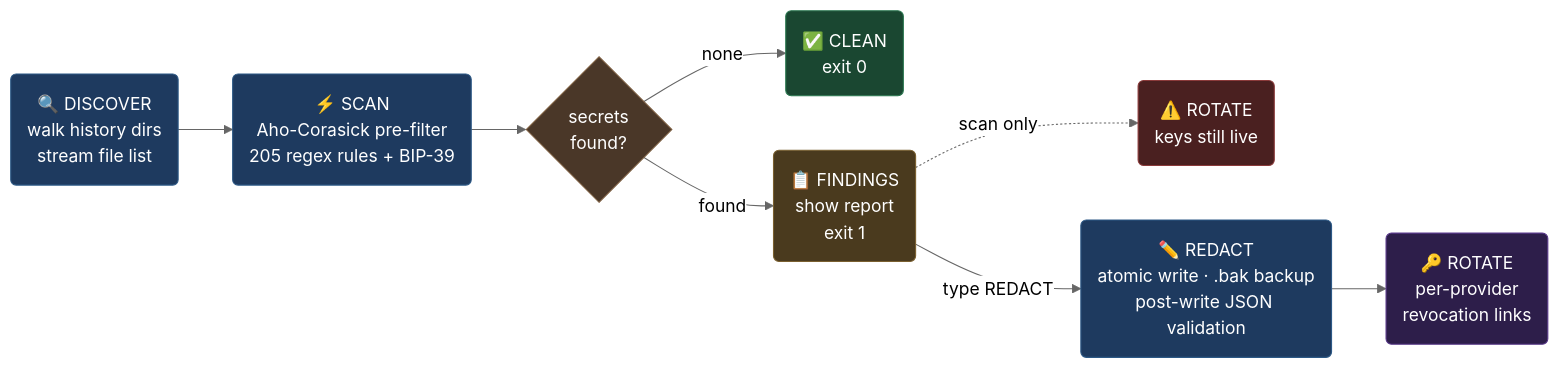
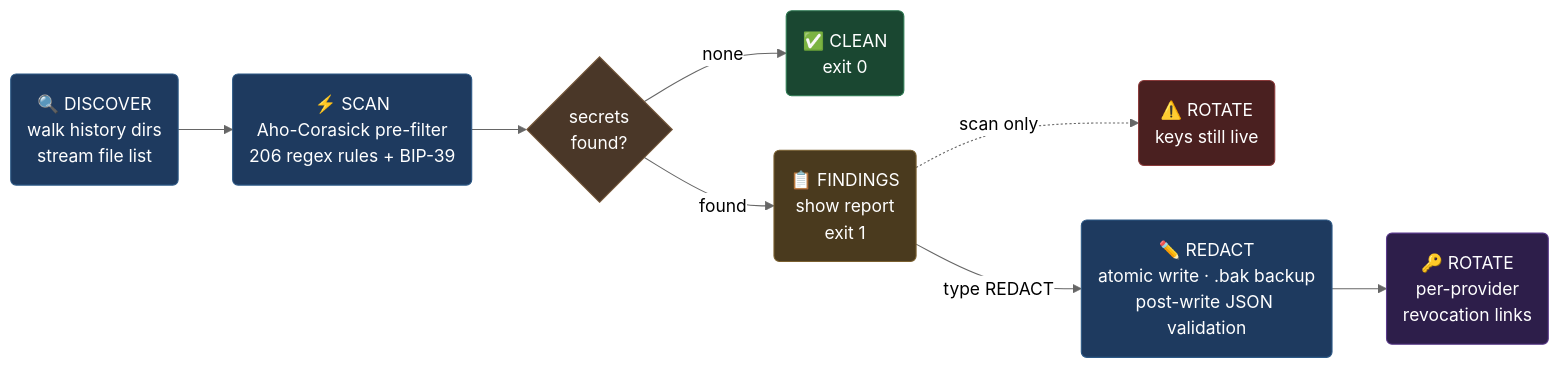
Before and after one commit to AhmadBilalDSA/agent-sweep: the diagram in README.md, drawn with Mermaid (neutral theme). The commit also changed other lines of this file and 5 other files, not shown here.

````diff
--- a/README.md
+++ b/README.md
@@ -74,19 +74,19 @@
 ```mermaid
 flowchart LR
-    A("🔍 DISCOVER\nwalk history dirs\nstream file list") --> B("⚡ SCAN\nAho-Corasick pre-filter\n205 regex rules + BIP-39")
+    A("🔍 DISCOVER\nwalk history dirs\nstream file list") --> B("⚡ SCAN\nAho-Corasick pre-filter\n206 regex rules + BIP-39")
     B --> C{"secrets\nfound?"}
     C -- "none" --> D("✅ CLEAN\nexit 0")
     C -- "found" --> E("📋 FINDINGS\nshow report\nexit 1")
     E -. "scan only" .-> F("⚠️ ROTATE\nkeys still live")
     E -- "type REDACT" --> G("✏️ REDACT\natomic write · .bak backup\npost-write JSON validation")
     G --> H("🔑 ROTATE\nper-provider\nrevocation links")
 
     style A fill:#1e3a5f,color:#fff,stroke:#2d5986
     style B fill:#1e3a5f,color:#fff,stroke:#2d5986
     style C fill:#4a3728,color:#fff,stroke:#7a5c3f
     style D fill:#1a4731,color:#fff,stroke:#2d7a52
     style E fill:#4a3a1e,color:#fff,stroke:#7a6030
     style F fill:#4a2020,color:#fff,stroke:#8b3a3a
     style G fill:#1e3a5f,color:#fff,stroke:#2d5986
     style H fill:#2d1e4a,color:#fff,stroke:#5a3a8b
 ```
````
